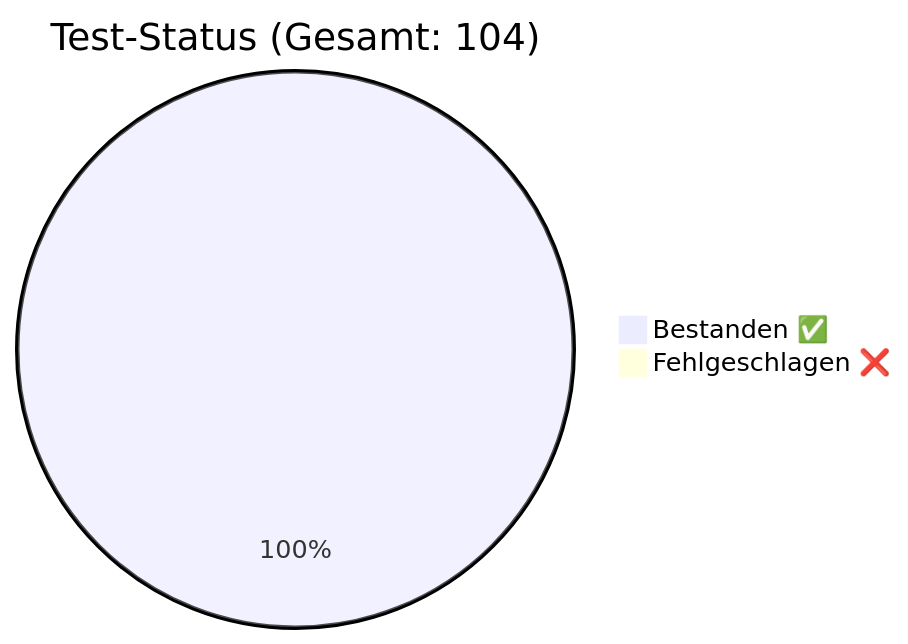
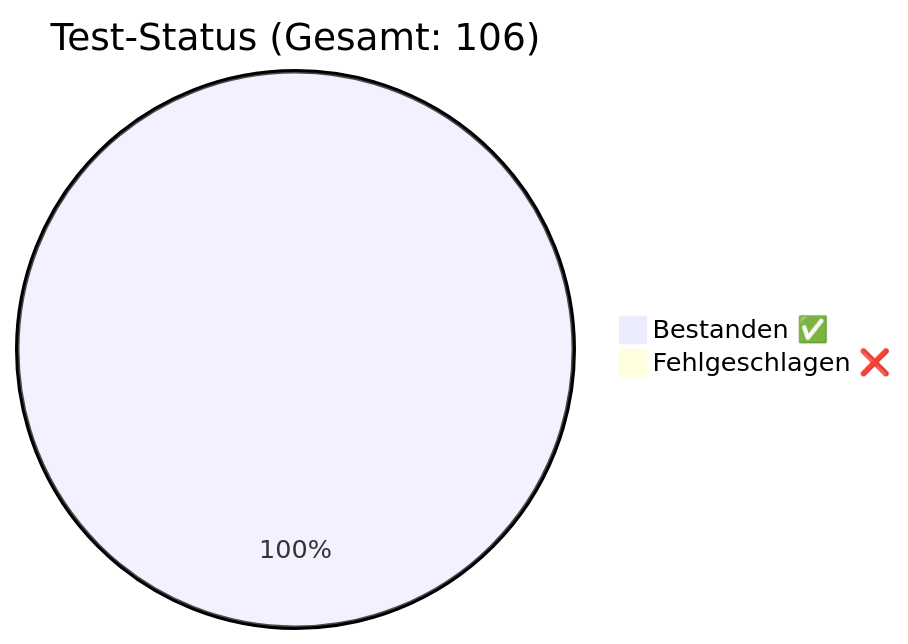
Before and after one commit to rorila/GCS: the diagram in docs/QA_Report.md, drawn with Mermaid. The commit also changed other lines of this file and 4 other files, not shown here.

````diff
--- a/docs/QA_Report.md
+++ b/docs/QA_Report.md
@@ -7,5 +7,5 @@
 ```mermaid
-pie title Test-Status (Gesamt: 104)
-    "Bestanden ✅" : 104
+pie title Test-Status (Gesamt: 106)
+    "Bestanden ✅" : 106
     "Fehlgeschlagen ❌" : 0
 ```
````
